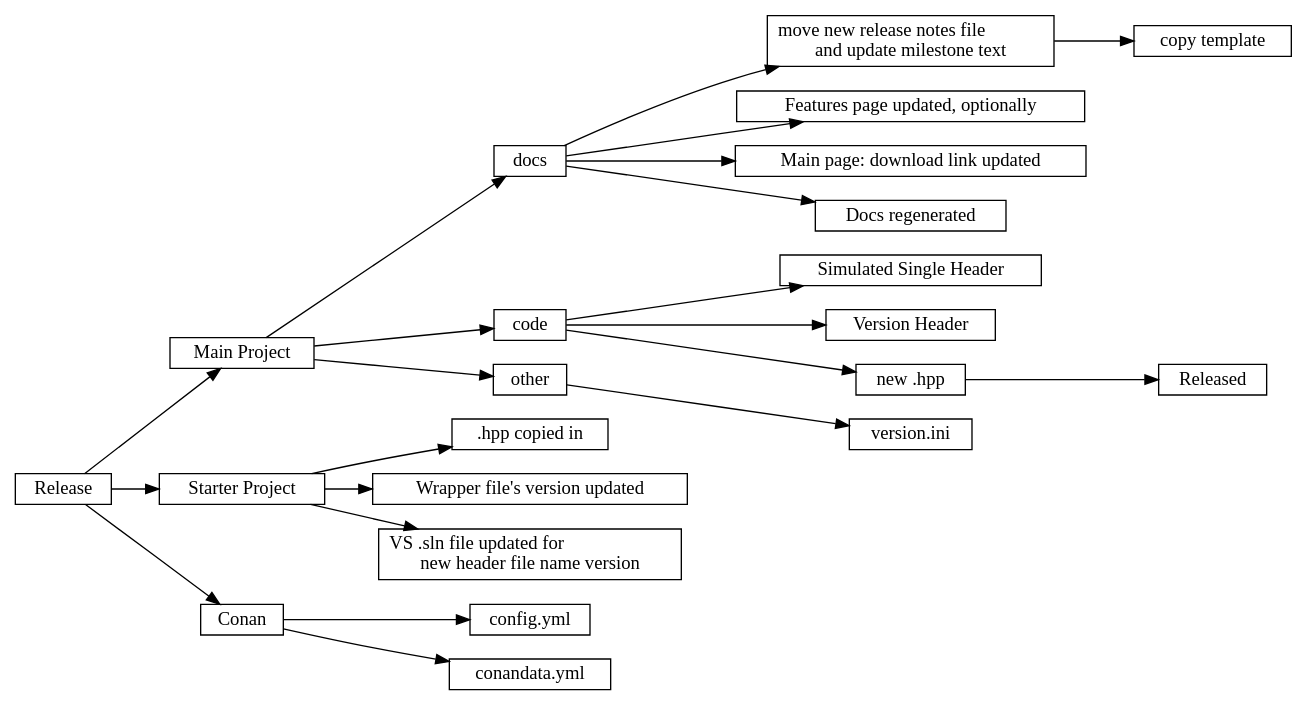
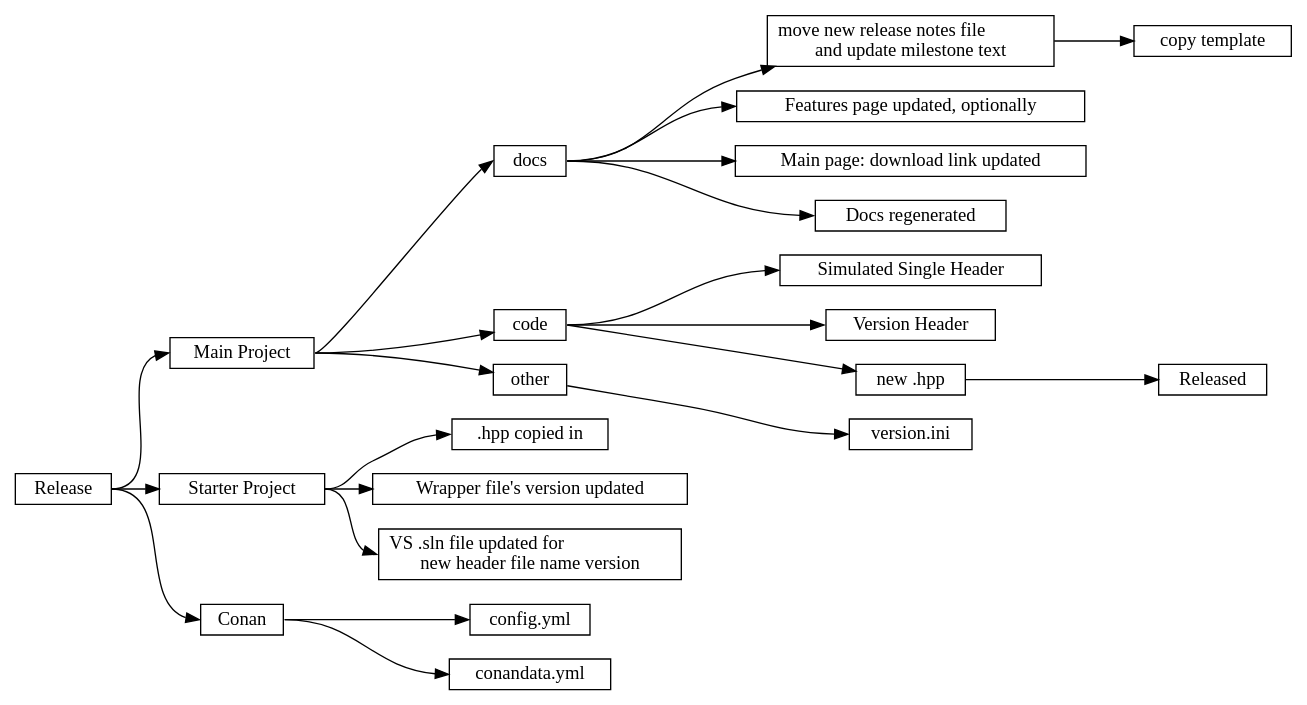
One commit to approvals/ApprovalTests.cpp changed the diagram in doc/images/source/release_files_mindmap.dot. Above: the diagram before and after it, drawn with Graphviz. The commit also changed 1 other file, not shown here.

Commit message:
d   Use graphviz compass points to improve arrow placement

```diff
--- a/doc/images/source/release_files_mindmap.dot
+++ b/doc/images/source/release_files_mindmap.dot
@@ -1,25 +1,25 @@
 digraph mdsnippets_flow {
 rankdir = "LR"
 node [fontsize = 14, shape = box, height = 0.25]
 edge [fontsize = 14]
 
 "Release";
-    "Release" -> "Main Project";
-        "Main Project" -> "docs";
-            "docs" -> "move new release notes file\land update milestone text" -> "copy template";
-            "docs" -> "Features page updated, optionally";
-            "docs" -> "Main page: download link updated";
-            "docs" -> "Docs regenerated";
-        "Main Project" -> "code";
-            "code" -> "Simulated Single Header";
-            "code" -> "Version Header";
-            "code" -> "new .hpp" -> "Released";
-        "Main Project" -> "other" -> "version.ini";
-    "Release" -> "Starter Project";
-        "Starter Project" -> ".hpp copied in";
-        "Starter Project" -> "Wrapper file's version updated";
-        "Starter Project" -> "VS .sln file updated for\lnew header file name version";
-    "Release" -> "Conan";
-        "Conan" -> "config.yml";
-        "Conan" -> "conandata.yml";
+    "Release":e -> "Main Project":w;
+        "Main Project":e -> "docs":w;
+            "docs":e -> "move new release notes file\land update milestone text" -> "copy template";
+            "docs":e -> "Features page updated, optionally":w;
+            "docs":e -> "Main page: download link updated":w;
+            "docs":e -> "Docs regenerated":w;
+        "Main Project":e -> "code";
+            "code":e -> "Simulated Single Header":w;
+            "code":e -> "Version Header":w;
+            "code":e -> "new .hpp":we -> "Released";
+        "Main Project":e -> "other" -> "version.ini":w;
+    "Release":e -> "Starter Project";
+        "Starter Project":e -> ".hpp copied in":w;
+        "Starter Project":e -> "Wrapper file's version updated":w;
+        "Starter Project":e -> "VS .sln file updated for\lnew header file name version":w;
+    "Release":e -> "Conan":w;
+        "Conan":e -> "config.yml":w;
+        "Conan":e -> "conandata.yml":w;
 }
```
